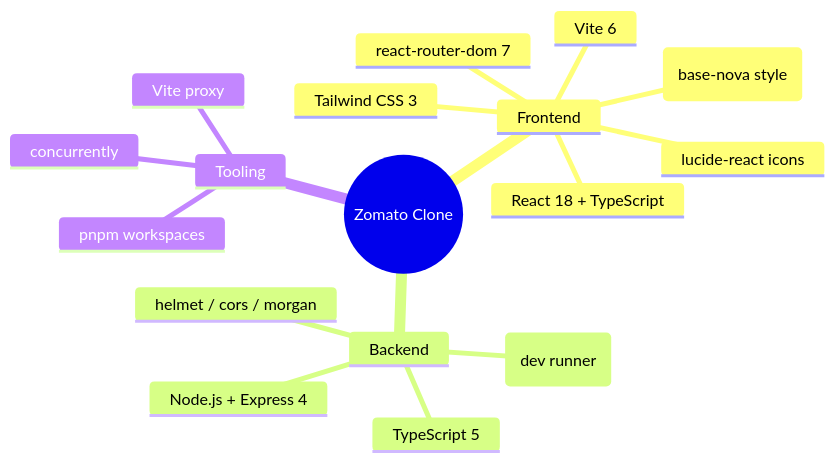
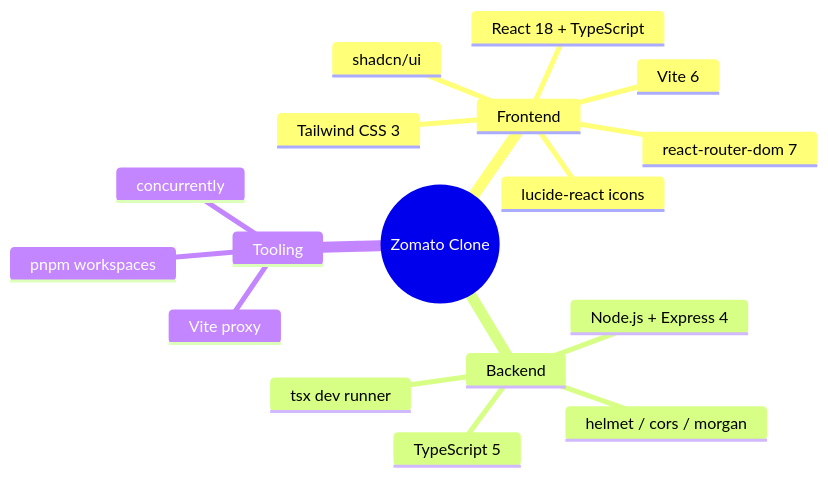
One commit to RajdeepDevelopment/zomato-clone changed the second of 8 diagrams in README.md. Above: the diagram before and after it, drawn with Mermaid. The commit also changed other lines of this file, not shown here.

Commit message:
docs: fix mermaid syntax for GitHub rendering + center screenshots

````diff
--- a/README.md
+++ b/README.md
@@ -84,20 +85,20 @@
 ```mermaid
 mindmap
   root((Zomato Clone))
     Frontend
       React 18 + TypeScript
       Vite 6
       Tailwind CSS 3
-      shadcn/ui (base-nova style)
+      shadcn/ui
       lucide-react icons
       react-router-dom 7
     Backend
       Node.js + Express 4
       TypeScript 5
-      tsx (dev runner)
+      tsx dev runner
       helmet / cors / morgan
     Tooling
       pnpm workspaces
       concurrently
       Vite proxy
 ```
````
